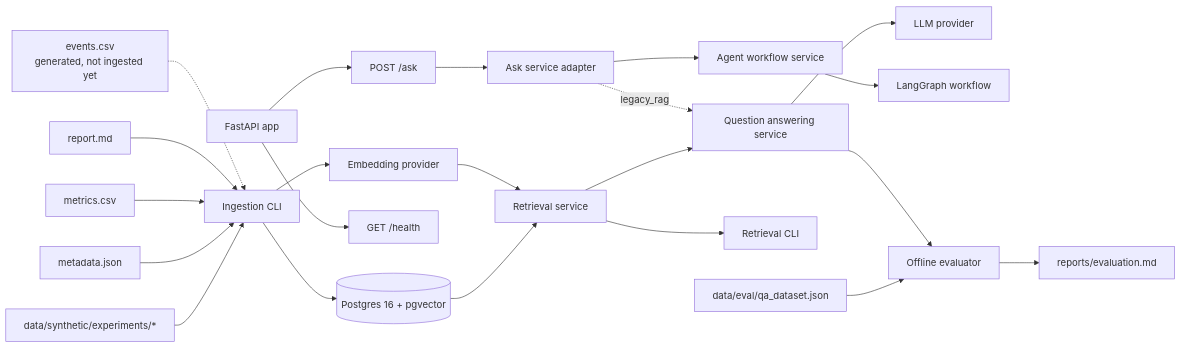
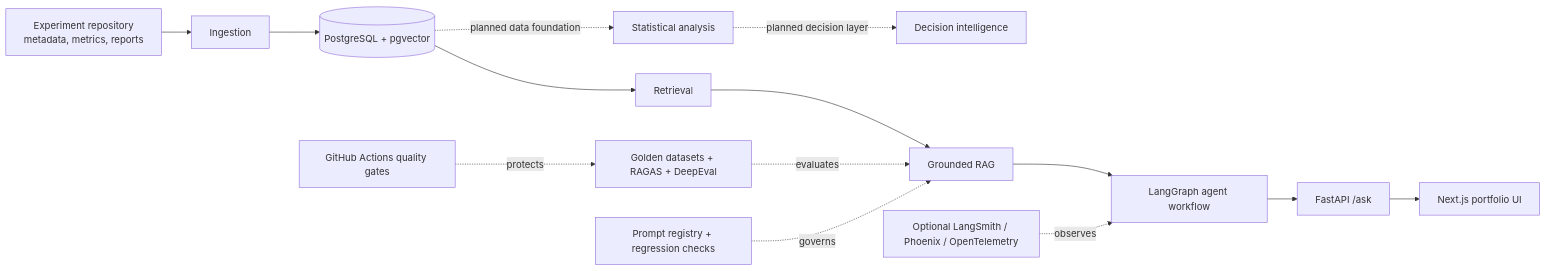
The diagram in README.md (archeltaneka/ExperimentOS-AI), drawn with Mermaid before and after one commit. The commit also changed other lines of this file and 6 other files, not shown here.

````diff
--- a/README.md
+++ b/README.md
@@ -37,28 +40,18 @@
 ```mermaid
 flowchart LR
-    A[data/synthetic/experiments/*] --> B[Ingestion CLI]
-    A1[metadata.json] --> B
-    A2[metrics.csv] --> B
-    A3[report.md] --> B
-    A4[events.csv<br/>generated, not ingested yet] -.-> B
+    Repo[Experiment repository<br/>metadata, metrics, reports] --> Ingest[Ingestion]
+    Ingest --> DB[(PostgreSQL + pgvector)]
+    DB --> Retrieve[Retrieval]
+    Retrieve --> RAG[Grounded RAG]
+    RAG --> Agent[LangGraph agent workflow]
+    Agent --> Ask[FastAPI /ask]
+    Ask --> UI[Next.js portfolio UI]
 
-    B --> C[(Postgres 16 + pgvector)]
-    B --> D[Embedding provider]
+    DB -. planned data foundation .-> Stats[Statistical analysis]
+    Stats -. planned decision layer .-> Decision[Decision intelligence]
 
-    C --> E[Retrieval service]
-    D --> E
-    E --> F[Question answering service]
-    F --> G[LLM provider]
-
-    H[FastAPI app] --> I[GET /health]
-    H --> J[POST /ask]
-    J --> O[Ask service adapter]
-    O --> P[Agent workflow service]
-    O -. legacy_rag .-> F
-    P --> Q[LangGraph workflow]
-
-    E --> K[Retrieval CLI]
-    L[data/eval/qa_dataset.json] --> M[Offline evaluator]
-    F --> M
-    M --> N[reports/evaluation.md]
+    Eval[Golden datasets + RAGAS + DeepEval] -. evaluates .-> RAG
+    Registry[Prompt registry + regression checks] -. governs .-> RAG
+    Observe[Optional LangSmith / Phoenix / OpenTelemetry] -. observes .-> Agent
+    CI[GitHub Actions quality gates] -. protects .-> Eval
 ```
````
